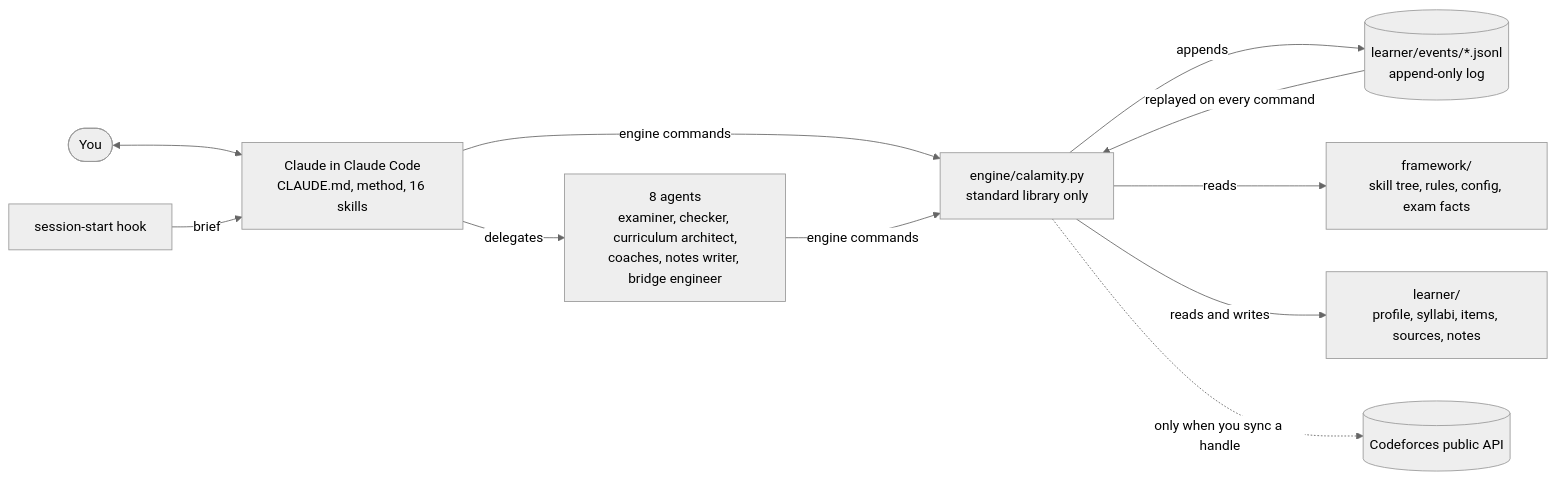
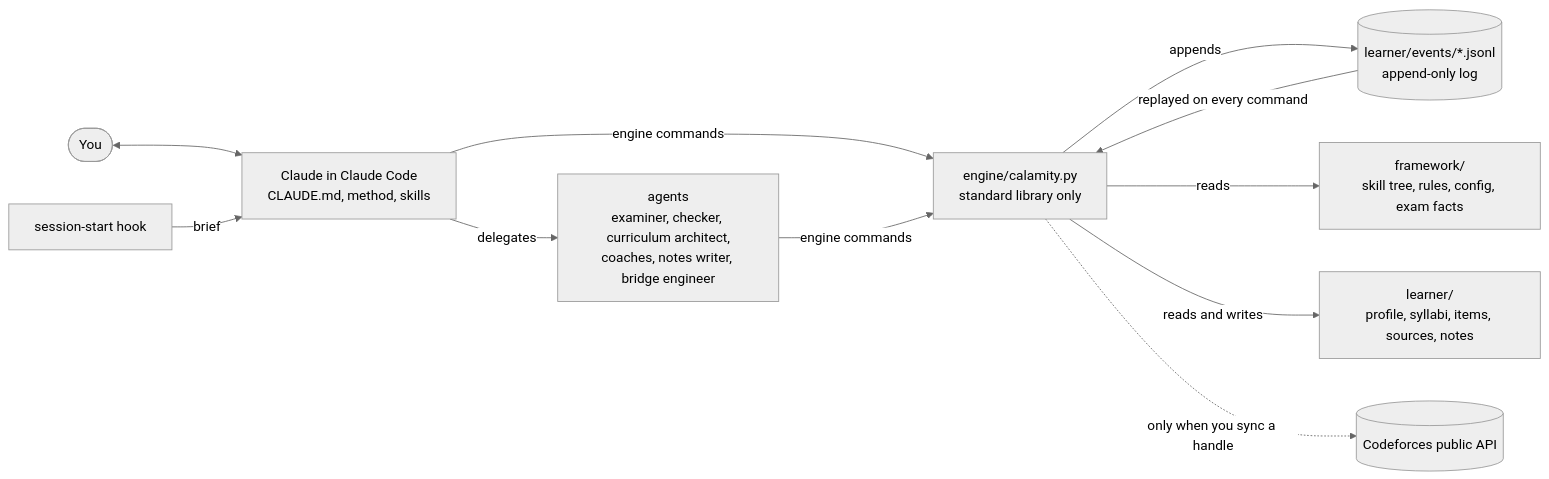
The diagram in docs/how-it-works.md (persxn/calamity-framework), drawn with Mermaid (neutral theme) before and after one commit. The commit also changed other lines of this file and 10 other files, not shown here.

````diff
--- a/docs/how-it-works.md
+++ b/docs/how-it-works.md
@@ -7,13 +7,13 @@
 ```mermaid
 flowchart LR
-    you([You]) <--> claude[Claude in Claude Code<br/>CLAUDE.md, method, 16 skills]
-    claude -- delegates --> agents[8 agents<br/>examiner, checker, curriculum architect,<br/>coaches, notes writer, bridge engineer]
+    you([You]) <--> claude[Claude in Claude Code<br/>CLAUDE.md, method, skills]
+    claude -- delegates --> agents[agents<br/>examiner, checker, curriculum architect,<br/>coaches, notes writer, bridge engineer]
     claude -- engine commands --> engine[engine/calamity.py<br/>standard library only]
     agents -- engine commands --> engine
     engine -- appends --> log[(learner/events/*.jsonl<br/>append-only log)]
     log -- replayed on every command --> engine
     engine -- reads --> fw[framework/<br/>skill tree, rules, config, exam facts]
     engine -- reads and writes --> lf[learner/<br/>profile, syllabi, items, sources, notes]
     engine -. only when you sync a handle .-> cf[(Codeforces public API)]
     hook[session-start hook] -- brief --> claude
 ```
````
